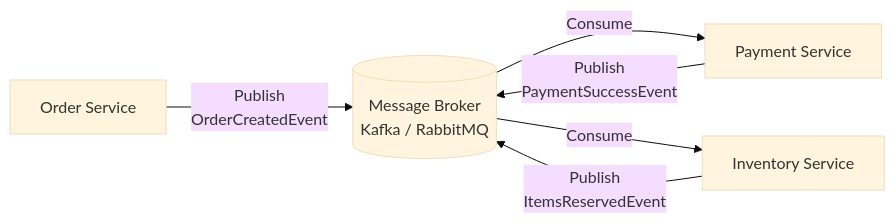
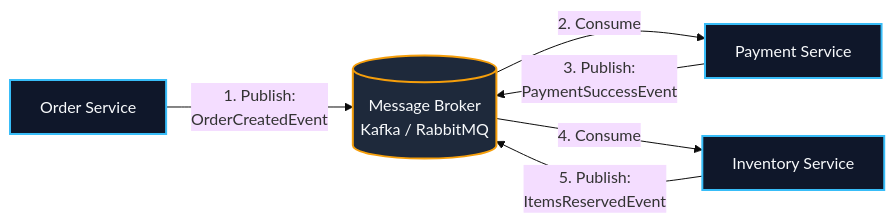
Before and after one commit to UnrealTemplier/go-textbook: the first of 4 diagrams in sources/13. Очереди, брокеры сообщений и оркестраторы/06. Оркестрация процессов/4. Оркестрация vs хореография.md, drawn with Mermaid (base theme). The commit also changed other lines of this file, not shown here.

````diff
--- a/sources/13. Очереди, брокеры сообщений и оркестраторы/06. Оркестрация процессов/4. Оркестрация vs хореография.md
+++ b/sources/13. Очереди, брокеры сообщений и оркестраторы/06. Оркестрация процессов/4. Оркестрация vs хореография.md
@@ -16,8 +19,13 @@
 ```mermaid
-graph LR
-    O["Order Service"] -->|"Publish<br>OrderCreatedEvent"| Broker[("Message Broker<br>Kafka / RabbitMQ")]
-    Broker -->|"Consume"| P["Payment Service"]
-    P -->|"Publish<br>PaymentSuccessEvent"| Broker
-    Broker -->|"Consume"| I["Inventory Service"]
-    I -->|"Publish<br>ItemsReservedEvent"| Broker
+flowchart LR
+    O["Order Service"] -->|"1. Publish:<br>OrderCreatedEvent"| Broker[("Message Broker<br>Kafka / RabbitMQ")]
+    Broker -->|"2. Consume"| P["Payment Service"]
+    P -->|"3. Publish:<br>PaymentSuccessEvent"| Broker
+    Broker -->|"4. Consume"| I["Inventory Service"]
+    I -->|"5. Publish:<br>ItemsReservedEvent"| Broker
+
+    classDef srv fill:#0f172a,stroke:#38bdf8,stroke-width:2px,color:#f8fafc;
+    classDef brk fill:#1e293b,stroke:#f59e0b,stroke-width:2px,color:#f8fafc;
+    class O,P,I srv;
+    class Broker brk;
 ```
````
